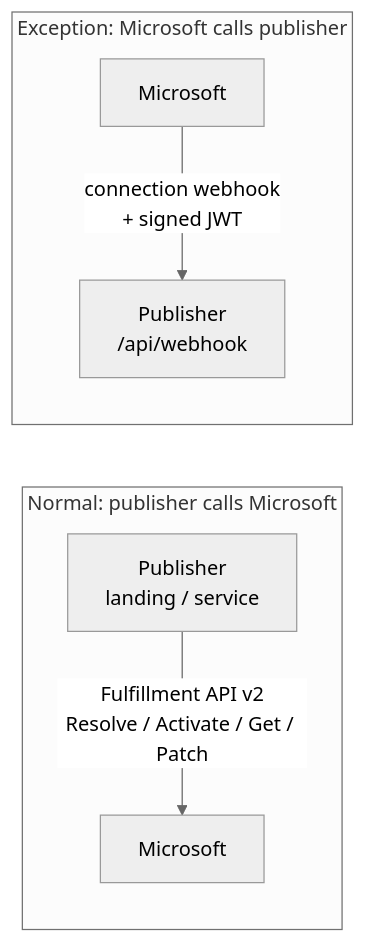
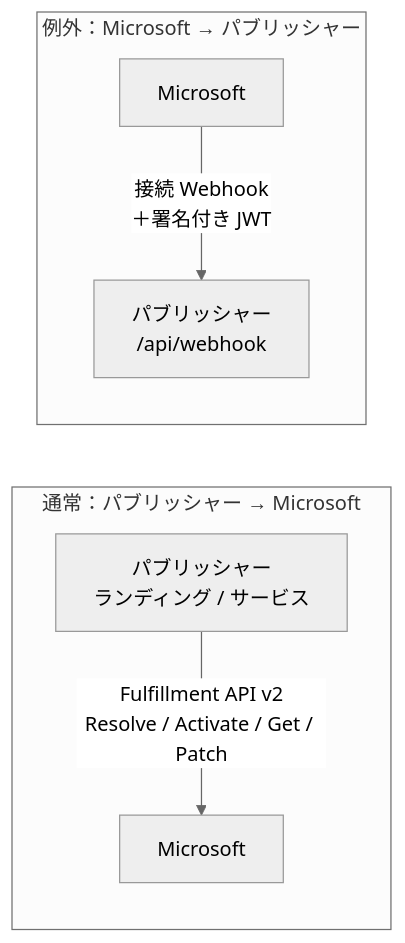
The fourth of 4 diagrams in docs/walkthrough.ja.md (MamoruKuroda/marketplace-saas-agent-sample), drawn with Mermaid (neutral theme) before and after one commit. The commit also changed other lines of this file and 2 other files, not shown here.

First line of the commit message:
docs(ja): localize Mermaid diagram labels into natural Japanese (#22)

````diff
--- a/docs/walkthrough.ja.md
+++ b/docs/walkthrough.ja.md
@@ -134,9 +134,9 @@
 ```mermaid
 flowchart LR
-    subgraph N["Normal: publisher calls Microsoft"]
-        PUB1["Publisher<br/>landing / service"] -->|"Fulfillment API v2<br/>Resolve / Activate / Get / Patch"| MS1["Microsoft"]
+    subgraph N["通常：パブリッシャー → Microsoft"]
+        PUB1["パブリッシャー<br/>ランディング / サービス"] -->|"Fulfillment API v2<br/>Resolve / Activate / Get / Patch"| MS1["Microsoft"]
     end
-    subgraph E["Exception: Microsoft calls publisher"]
-        MS2["Microsoft"] -->|"connection webhook<br/>+ signed JWT"| PUB2["Publisher<br/>/api/webhook"]
+    subgraph E["例外：Microsoft → パブリッシャー"]
+        MS2["Microsoft"] -->|"接続 Webhook<br/>＋署名付き JWT"| PUB2["パブリッシャー<br/>/api/webhook"]
     end
 ```
````
